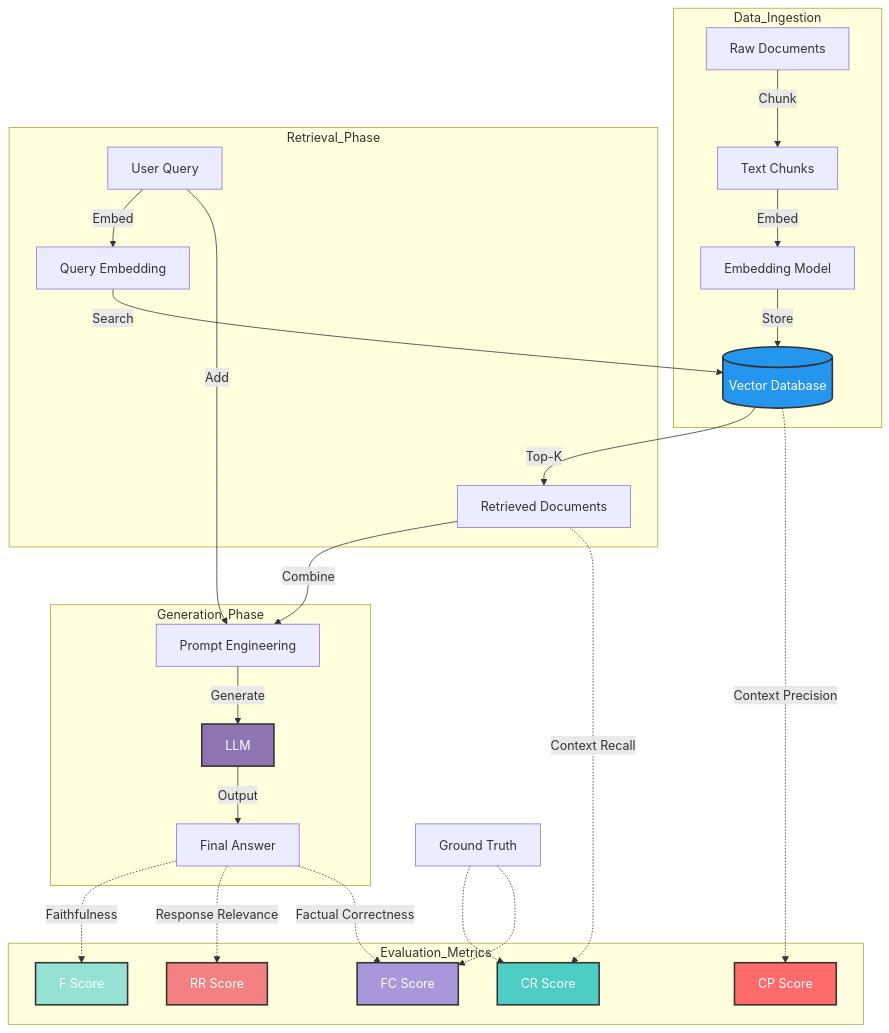
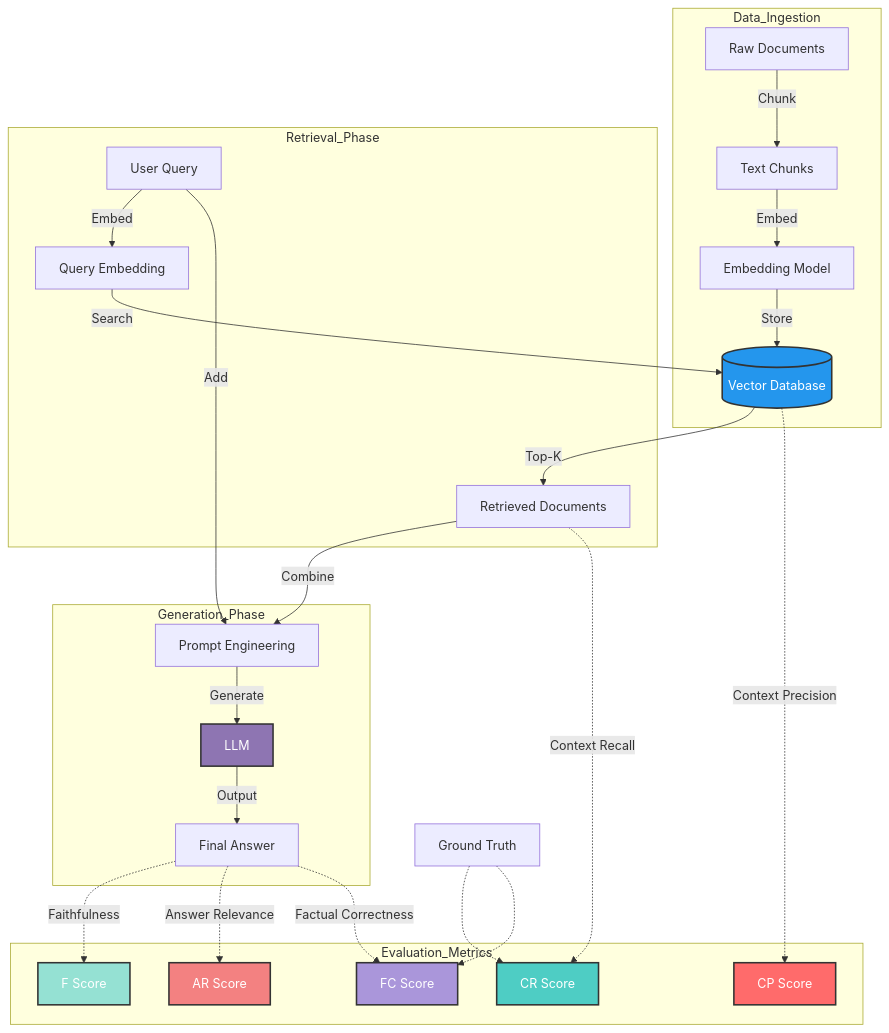
The first of 13 diagrams in ARCHITECTURE.md (abhi9avx/ragas-llm-evaluation), drawn with Mermaid before and after one commit. The commit also changed other lines of this file and 5 other files, not shown here.

````diff
--- a/ARCHITECTURE.md
+++ b/ARCHITECTURE.md
@@ -11,40 +11,40 @@
 ```mermaid
 graph TD
     subgraph Data_Ingestion
         A[Raw Documents] -->|Chunk| B[Text Chunks]
         B -->|Embed| C[Embedding Model]
         C -->|Store| D[(Vector Database)]
     end
     
     subgraph Retrieval_Phase
         E[User Query] -->|Embed| F[Query Embedding]
         F -->|Search| D
         D -->|Top-K| G[Retrieved Documents]
     end
     
     subgraph Generation_Phase
         G -->|Combine| H[Prompt Engineering]
         E -->|Add| H
         H -->|Generate| I[LLM]
         I -->|Output| J[Final Answer]
     end
     
     subgraph Evaluation_Metrics
         D -.->|Context Precision| M1[CP Score]
         G -.->|Context Recall| M2[CR Score]
         J -.->|Faithfulness| M3[F Score]
-        J -.->|Response Relevance| M4[RR Score]
+        J -.->|Answer Relevance| M4[AR Score]
         J -.->|Factual Correctness| M5[FC Score]
     end
     
     K[Ground Truth] -.-> M2
     K -.-> M5
     
     style D fill:#2496ED,stroke:#333,stroke-width:2px,color:white
     style I fill:#8E75B2,stroke:#333,stroke-width:2px,color:white
     style M1 fill:#FF6B6B,stroke:#333,stroke-width:2px,color:white
     style M2 fill:#4ECDC4,stroke:#333,stroke-width:2px,color:white
     style M3 fill:#95E1D3,stroke:#333,stroke-width:2px,color:white
     style M4 fill:#F38181,stroke:#333,stroke-width:2px,color:white
     style M5 fill:#AA96DA,stroke:#333,stroke-width:2px,color:white
 ```
````
